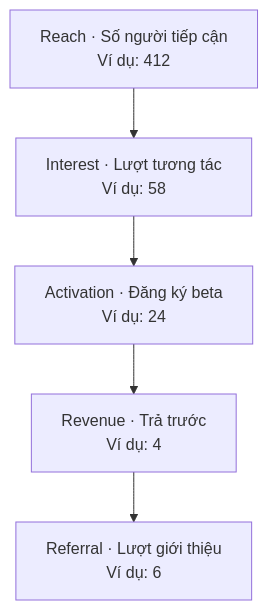
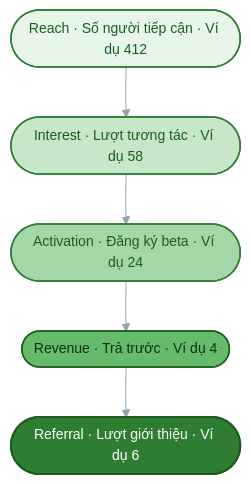
The first of 2 diagrams in docs/PA3-quang-ba/09-chi-so-do-luong.md (KieuDuyennn/start-up_nutriplan), drawn with Mermaid before and after one commit. The commit also changed other lines of this file, not shown here.

Commit message:
style(pa3): restyle item 9 funnel and decision-gate diagrams

````diff
--- a/docs/PA3-quang-ba/09-chi-so-do-luong.md
+++ b/docs/PA3-quang-ba/09-chi-so-do-luong.md
@@ -23,7 +23,18 @@
 ```mermaid
+%%{init: {'theme':'base','themeVariables':{'fontFamily':'Segoe UI, Roboto, sans-serif','fontSize':'14px','lineColor':'#90A4AE'}}}%%
 flowchart TD
-  R["Reach · Số người tiếp cận<br/>Ví dụ: 412"] --> I["Interest · Lượt tương tác<br/>Ví dụ: 58"]
-  I --> Ac["Activation · Đăng ký beta<br/>Ví dụ: 24"]
-  Ac --> Rev["Revenue · Trả trước<br/>Ví dụ: 4"]
-  Rev --> Ref["Referral · Lượt giới thiệu<br/>Ví dụ: 6"]
+  R(["Reach · Số người tiếp cận · Ví dụ 412"]) --> I(["Interest · Lượt tương tác · Ví dụ 58"])
+  I --> Ac(["Activation · Đăng ký beta · Ví dụ 24"])
+  Ac --> Rev(["Revenue · Trả trước · Ví dụ 4"])
+  Rev --> Ref(["Referral · Lượt giới thiệu · Ví dụ 6"])
+  classDef t1 fill:#E8F5E9,stroke:#2E7D32,stroke-width:1.5px,color:#1B5E20;
+  classDef t2 fill:#C8E6C9,stroke:#2E7D32,stroke-width:1.5px,color:#1B5E20;
+  classDef t3 fill:#A5D6A7,stroke:#2E7D32,stroke-width:1.5px,color:#1B5E20;
+  classDef t4 fill:#66BB6A,stroke:#1B5E20,stroke-width:1.5px,color:#0D3311;
+  classDef t5 fill:#2E7D32,stroke:#1B5E20,stroke-width:2px,color:#FFFFFF;
+  class R t1;
+  class I t2;
+  class Ac t3;
+  class Rev t4;
+  class Ref t5;
 ```
````
